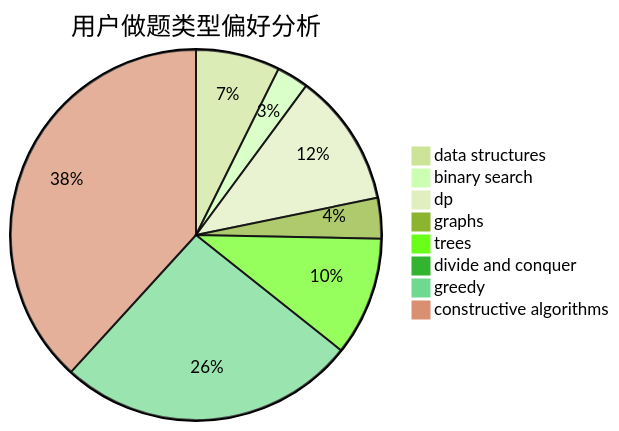
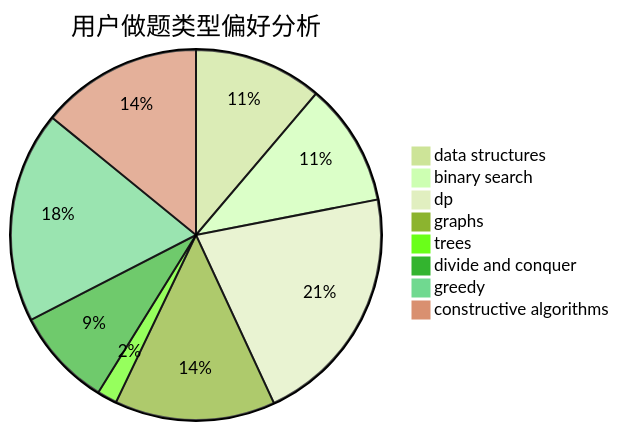
Before and after one commit to sherpahu/cfrs.github.io: the second of 3 diagrams in docs/user/u2145.md, drawn with Mermaid (forest theme). The commit also changed other lines of this file and 2770 other files, not shown here.

````diff
--- a/docs/user/u2145.md
+++ b/docs/user/u2145.md
@@ -23,11 +23,11 @@
 ```mermaid
 pie title 用户做题类型偏好分析
-    "data structures" :  29
-    "binary search" :  11
-    "dp" :  46
-    "graphs" :  14
-    "trees" :  41
-    "divide and conquer" :  0
-    "greedy" :  103
-    "constructive algorithms" :  151
+    "data structures" :  116
+    "binary search" :  111
+    "dp" :  219
+    "graphs" :  145
+    "trees" :  18
+    "divide and conquer" :  89
+    "greedy" :  191
+    "constructive algorithms" :  146
 ```
````
